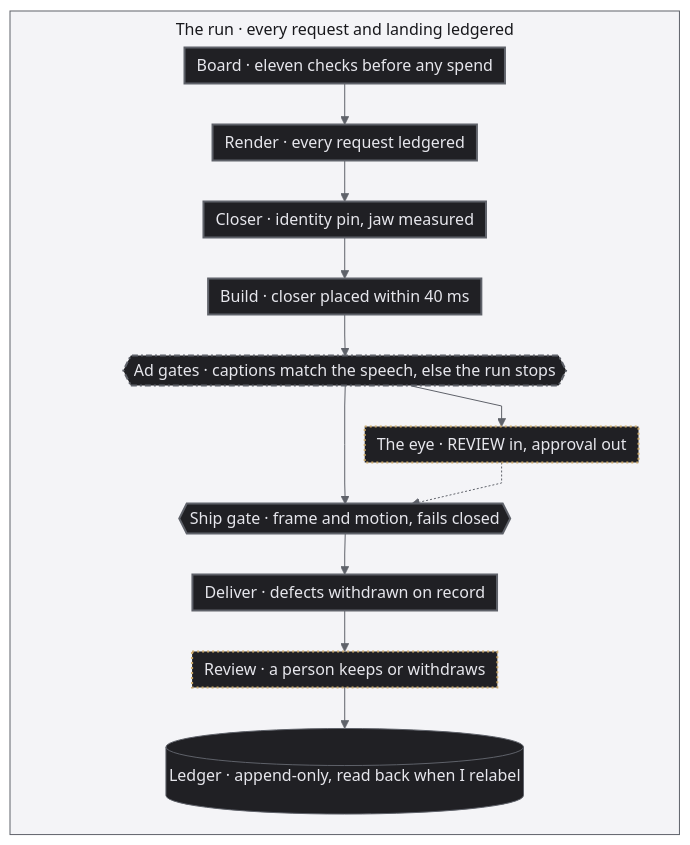
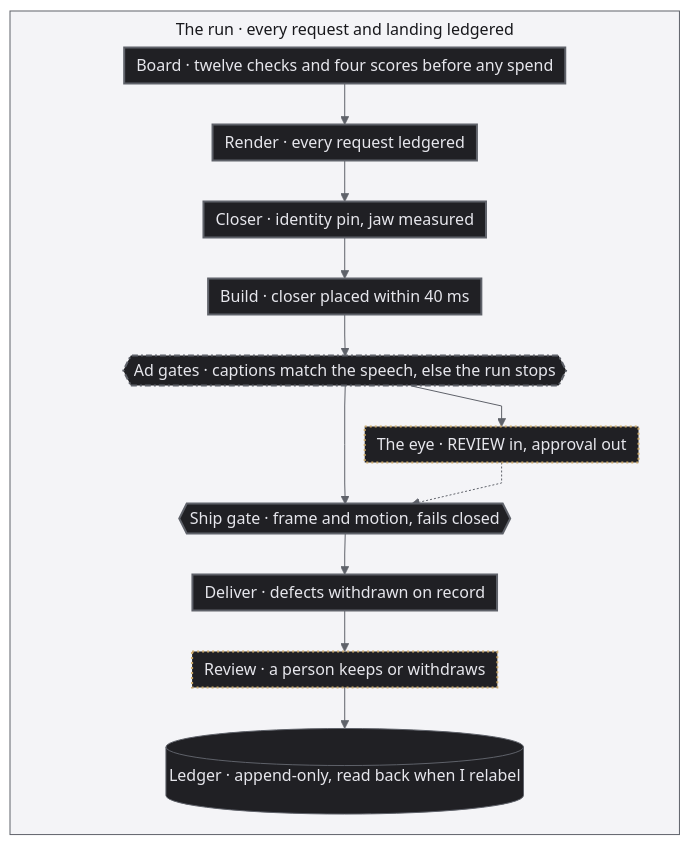
Before and after one commit to jameswniu/autonomous-ads-pipeline-multimodal-evals: the diagram in README.md, drawn with Mermaid. The commit also changed other lines of this file and 17 other files, not shown here.

First line of the commit message:
Carry the ad doctrine in the graph

````diff
--- a/README.md
+++ b/README.md
@@ -343,31 +343,31 @@
 ```mermaid
 %%{init: {'flowchart': {'curve': 'linear', 'nodeSpacing': 20, 'rankSpacing': 16, 'padding': 6, 'diagramPadding': 2, 'wrappingWidth': 520, 'subGraphTitleMargin': {'top': 6, 'bottom': 10}}, 'themeVariables': {'fontSize': '16px', 'lineColor': '#5f626a', 'edgeLabelBackground': '#ffffff', 'clusterBkg': '#f4f4f7', 'clusterBorder': '#5f626a', 'titleColor': '#18181c'}}}%%
 flowchart TD
     subgraph RUN["The run · every request and landing ledgered"]
         direction TB
         AG{{"Ad gates · captions match the speech, else the run stops"}}
         %% GH is an invisible twin of the eye, it balances the spine so the steps stay in one column
         AG ~~~ GH["The eye · REVIEW in, approval out"]
         GH ~~~ SG
-        B["Board · eleven checks before any spend"] --> R["Render · every request ledgered"] --> C["Closer · identity pin, jaw measured"] --> BU["Build · closer placed within 40 ms"] --> AG --> SG{{"Ship gate · frame and motion, fails closed"}} --> D["Deliver · defects withdrawn on record"]
+        B["Board · twelve checks and four scores before any spend"] --> R["Render · every request ledgered"] --> C["Closer · identity pin, jaw measured"] --> BU["Build · closer placed within 40 ms"] --> AG --> SG{{"Ship gate · frame and motion, fails closed"}} --> D["Deliver · defects withdrawn on record"]
         D --> RV["Review · a person keeps or withdraws"]
         RV --> L[("Ledger · append-only, read back when I relabel")]
         AG --> EYE["The eye · REVIEW in, approval out"]
         EYE -.-> SG
     end
 
     classDef run fill:#202024,stroke:#5f626a,color:#e6e6ec
     classDef process fill:#202024,stroke:#5f626a,stroke-width:2px,color:#e6e6ec
     classDef outcome fill:#202024,stroke:#5f626a,stroke-width:2px,stroke-dasharray:6 3,color:#e6e6ec
     classDef quality fill:#202024,stroke:#c9a86a,stroke-width:2px,stroke-dasharray:2 3,color:#e6e6ec
     classDef shared fill:#202024,stroke:#5f626a,stroke-width:2px,stroke-dasharray:6 3 2 3,color:#e6e6ec
     classDef ghost fill:none,stroke:none,color:transparent
     class L run
     class B,R,C,BU,SG,D process
     class AG outcome
     class AG quality
     class AG shared
     class EYE,RV quality
     class GH ghost
     style RUN fill:#f4f4f7,stroke:#5f626a,color:#18181c
 ```
````
